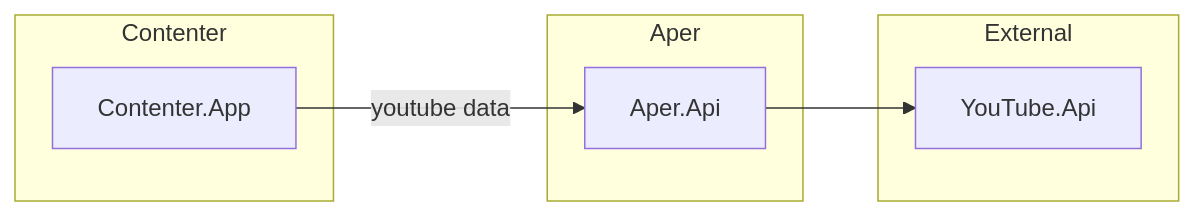
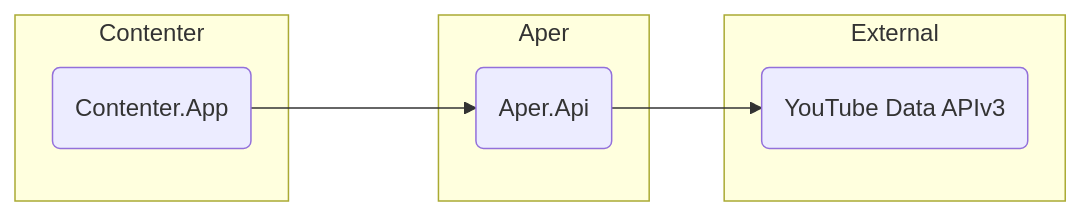
The diagram in readme.md (mirmalis/Contenter), drawn with Mermaid before and after one commit. The commit also changed 9 other files, not shown here.

````diff
--- a/readme.md
+++ b/readme.md
@@ -7,13 +7,13 @@
 ```mermaid
 flowchart LR
-Contenter.App --"youtube data"--> Aper.Api --> YouTube.Api
+app(Contenter.App) ---> api(Aper.Api) --> yt("YouTube Data APIv3")
 subgraph Contenter
-Contenter.App
+app
 end
 subgraph Aper
-Aper.Api
+    api
 end
 subgraph External
-YouTube.Api
+    yt
 end
 ```
````
